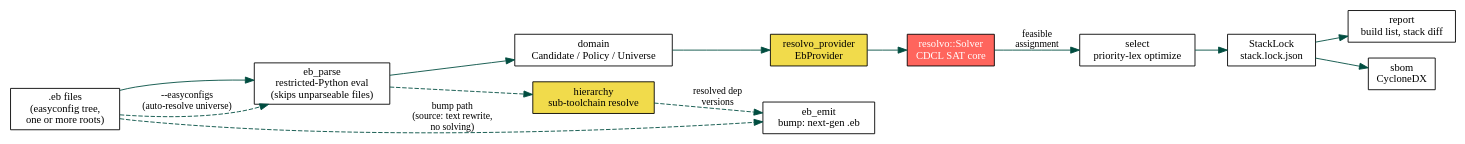
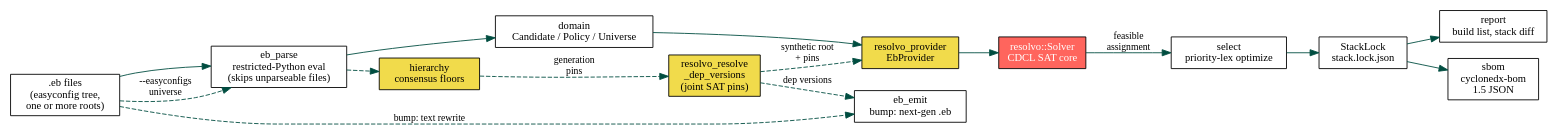
One commit to HaoZeke/eb-stack changed the diagram in docs/orgmode/explanation/architecture.org. Above: the diagram before and after it, drawn with Graphviz. The commit also changed other lines of this file and 14 other files, not shown here.

First line of the commit message:
docs: align bump/ingest/SBOM docs with resolvo and cyclonedx-bom

```diff
--- a/docs/orgmode/explanation/architecture.org
+++ b/docs/orgmode/explanation/architecture.org
@@ -9,30 +9,33 @@
 #+begin_src dot :file ../images/pipeline.svg :exports results
 digraph G {
     rankdir=LR;
     node [shape=box, style=filled, fillcolor="white", fontname="Jost", fontsize=12];
     edge [fontname="Jost", fontsize=11, color="#004D40"];
     graph [fontname="Jost"];
 
     eb_files [label=".eb files\n(easyconfig tree,\none or more roots)"];
     parser [label="eb_parse\nrestricted-Python eval\n(skips unparseable files)"];
     domain [label="domain\nCandidate / Policy / Universe"];
     provider [label="resolvo_provider\nEbProvider", fillcolor="#F1DB4B"];
     solver [label="resolvo::Solver\nCDCL SAT core", fillcolor="#FF655D", fontcolor="white"];
     select [label="select\npriority-lex optimize"];
     lock [label="StackLock\nstack.lock.json"];
     report [label="report\nbuild list, stack diff"];
-    sbom [label="sbom\nCycloneDX"];
-    hierarchy [label="hierarchy\nsub-toolchain resolve", fillcolor="#F1DB4B"];
+    sbom [label="sbom\ncyclonedx-bom\n1.5 JSON"];
+    hierarchy [label="hierarchy\nconsensus floors", fillcolor="#F1DB4B"];
     emit [label="eb_emit\nbump: next-gen .eb"];
+    joint [label="resolvo_resolve\n_dep_versions\n(joint SAT pins)", fillcolor="#F1DB4B"];
 
     eb_files -> parser -> domain -> provider -> solver;
     solver -> select [label="feasible\nassignment"];
     select -> lock;
     lock -> report;
     lock -> sbom;
-    eb_files -> emit [style=dashed, label="bump path\n(source: text rewrite,\nno solving)"];
-    eb_files -> parser [style=dashed, label="--easyconfigs\n(auto-resolve universe)"];
+    eb_files -> emit [style=dashed, label="bump: text rewrite"];
+    eb_files -> parser [style=dashed, label="--easyconfigs\nuniverse"];
     parser -> hierarchy [style=dashed];
-    hierarchy -> emit [style=dashed, label="resolved dep\nversions"];
+    hierarchy -> joint [style=dashed, label="generation\npins"];
+    joint -> provider [style=dashed, label="synthetic root\n+ pins"];
+    joint -> emit [style=dashed, label="dep versions"];
 }
 #+end_src
```
